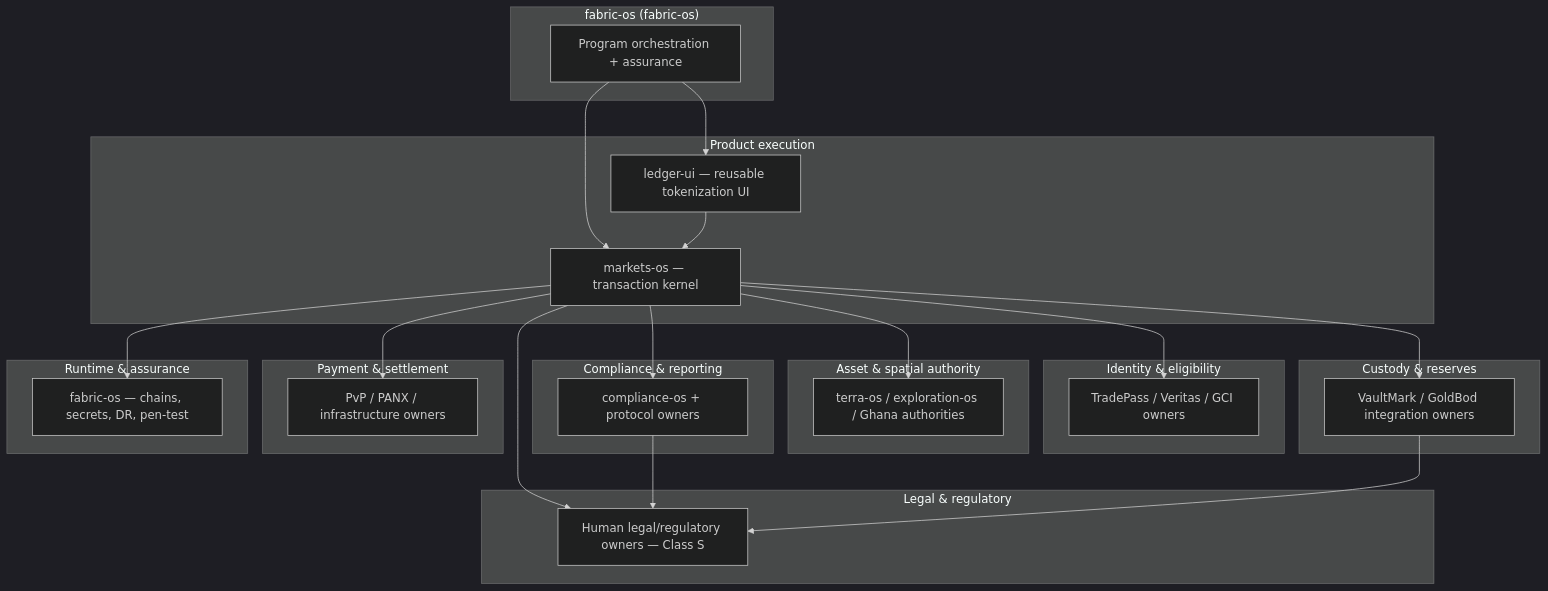
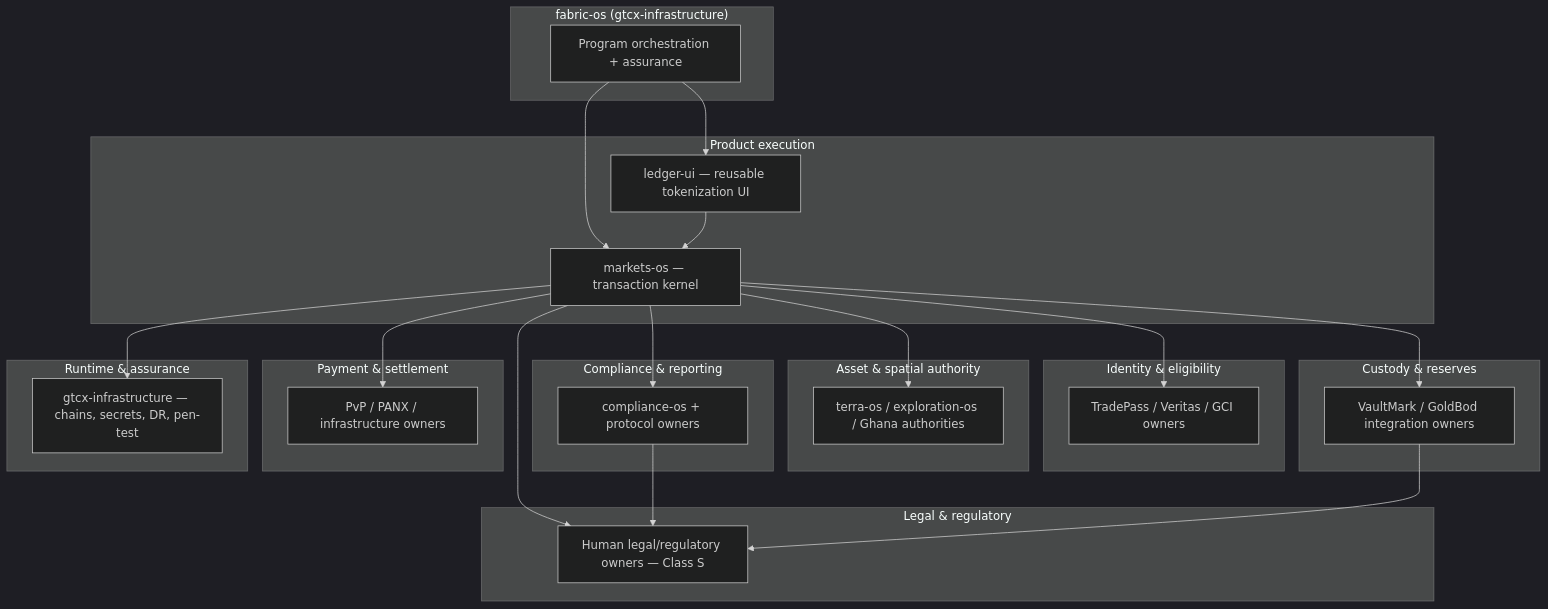
One commit to gtcx-ecosystem/fabric-os changed the diagram in docs/operations/coordination/xr-mkt-fabric-001-tokenization-execution-plan-2026-06-11.md. Above: the diagram before and after it, drawn with Mermaid (dark theme). The commit also changed other lines of this file and 122 other files, not shown here.

````diff
--- a/docs/operations/coordination/xr-mkt-fabric-001-tokenization-execution-plan-2026-06-11.md
+++ b/docs/operations/coordination/xr-mkt-fabric-001-tokenization-execution-plan-2026-06-11.md
@@ -53,44 +49,44 @@
 ```mermaid
 flowchart TB
-  subgraph fabric["fabric-os (fabric-os)"]
+  subgraph fabric["fabric-os (gtcx-infrastructure)"]
     ORCH[Program orchestration + assurance]
   end
   subgraph product["Product execution"]
     MKT[markets-os — transaction kernel]
     UI[ledger-ui — reusable tokenization UI]
   end
   subgraph identity["Identity & eligibility"]
     TP[TradePass / Veritas / GCI owners]
   end
   subgraph asset["Asset & spatial authority"]
     TERRA[terra-os / exploration-os / Ghana authorities]
   end
   subgraph compliance["Compliance & reporting"]
     COS[compliance-os + protocol owners]
   end
   subgraph custody["Custody & reserves"]
     VAULT[VaultMark / GoldBod integration owners]
   end
   subgraph settlement["Payment & settlement"]
     PVP[PvP / PANX / infrastructure owners]
   end
   subgraph runtime["Runtime & assurance"]
-    INF[fabric-os — chains, secrets, DR, pen-test]
+    INF[gtcx-infrastructure — chains, secrets, DR, pen-test]
   end
   subgraph legal["Legal & regulatory"]
     HUMAN[Human legal/regulatory owners — Class S]
   end
 
   ORCH --> MKT
   ORCH --> UI
   MKT --> TP
   MKT --> TERRA
   MKT --> COS
   MKT --> VAULT
   MKT --> PVP
   MKT --> INF
   UI --> MKT
   MKT --> HUMAN
   COS --> HUMAN
   VAULT --> HUMAN
 ```
````
